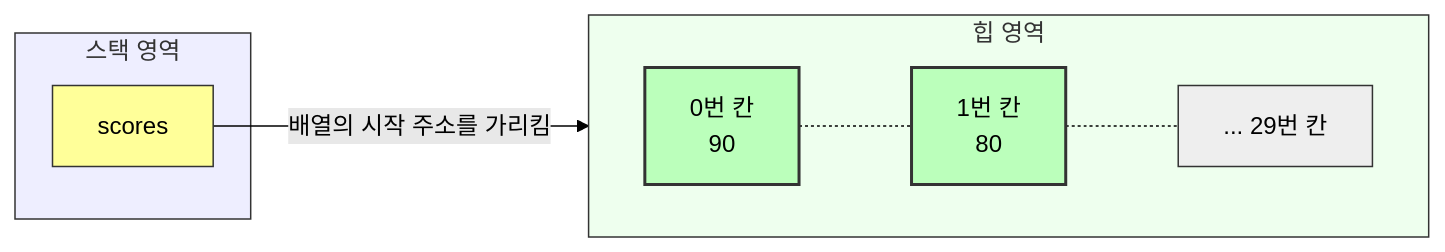
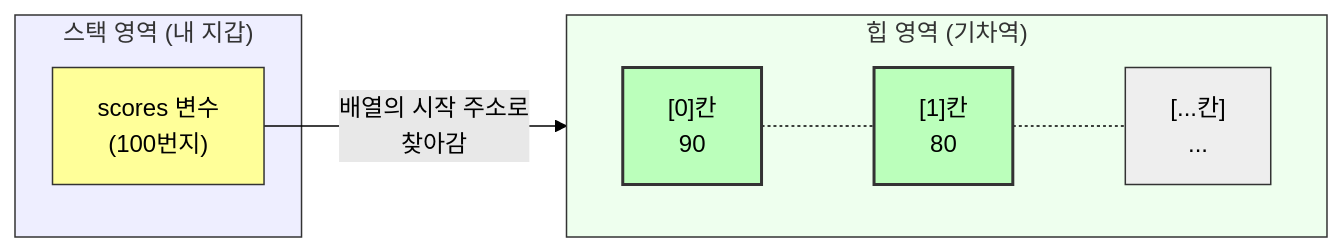
One commit to jinydev/java changed the diagram in src/basic/reference/array/index.md. Above: the diagram before and after it, drawn with Mermaid (forest theme). The commit also changed other lines of this file and 140 other files, not shown here.

````diff
--- a/src/basic/reference/array/index.md
+++ b/src/basic/reference/array/index.md
@@ -36,20 +339,20 @@
 ```mermaid
 flowchart LR
-    subgraph Stack [스택 영역]
-        Ref[scores]
+    subgraph Stack ["스택 영역 (내 지갑)"]
+        Ref["scores 변수<br/>(100번지)"]
     end
     
-    subgraph Heap [힙 영역]
+    subgraph Heap ["힙 영역 (기차역)"]
         direction LR
-        Arr0[0번 칸\n90] -.- Arr1[1번 칸\n80] -.- Arr2[... 29번 칸]
+        Arr0["[0]칸<br/>90"] -.- Arr1["[1]칸<br/>80"] -.- Arr2["[...칸]<br/>..."]
     end
     
-    Ref -->|배열의 시작 주소를 가리킴| Arr0
+    Ref -->|"배열의 시작 주소로<br/>찾아감"| Arr0
     
     style Stack fill:#eef,stroke:#333
     style Heap fill:#efe,stroke:#333
     style Ref fill:#ff9,stroke:#333
     style Arr0 fill:#bfb,stroke:#333,stroke-width:2px
     style Arr1 fill:#bfb,stroke:#333,stroke-width:2px
     style Arr2 fill:#eee,stroke:#333
 ```
````
